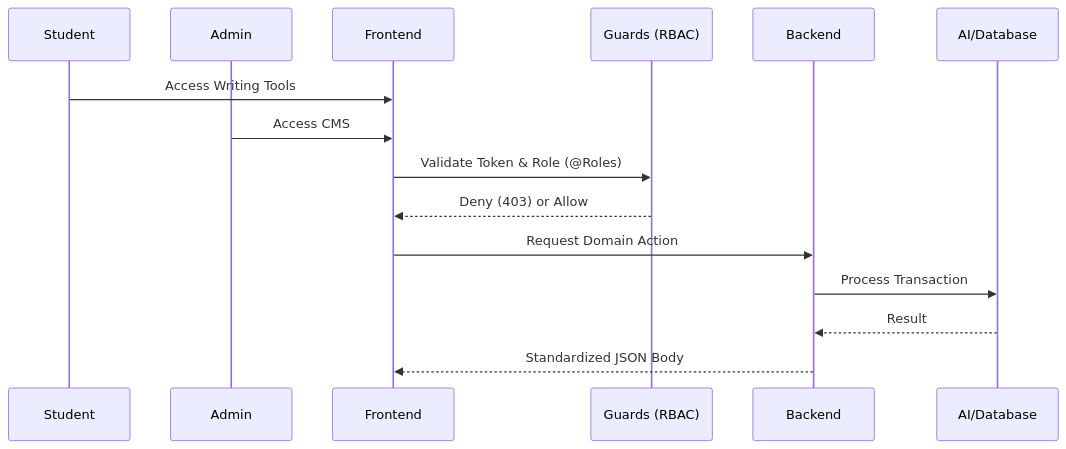
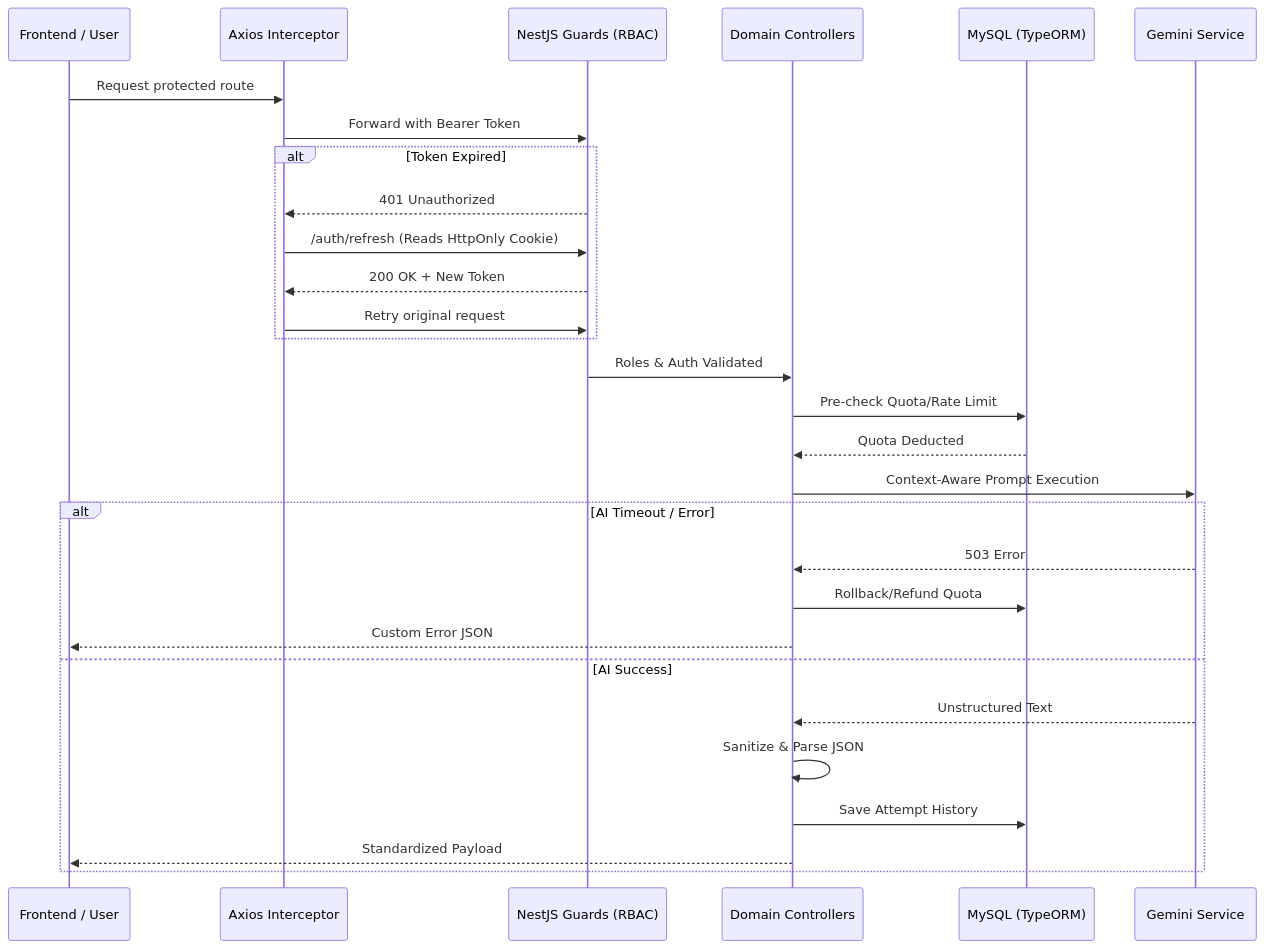
Before and after one commit to nameTun/bandmates-platform: the first of 2 diagrams in README.md, drawn with Mermaid. The commit also changed other lines of this file and 9 other files, not shown here.

````diff
--- a/README.md
+++ b/README.md
@@ -88,20 +103,35 @@
 ```mermaid
 sequenceDiagram
-    participant Student
-    participant Admin
-    participant Frontend
-    participant Guards (RBAC)
-    participant Backend
-    participant AI/Database
+    participant Client as Frontend / User
+    participant Interceptor as Axios Interceptor
+    participant Gate as NestJS Guards (RBAC)
+    participant Core as Domain Controllers
+    participant DB as MySQL (TypeORM)
+    participant AI as Gemini Service
 
-    Student->>Frontend: Access Writing Tools
-    Admin->>Frontend: Access CMS
+    Client->>Interceptor: Request protected route
+    Interceptor->>Gate: Forward with Bearer Token
     
-    Frontend->>Guards (RBAC): Validate Token & Role (@Roles)
-    Guards (RBAC)-->>Frontend: Deny (403) or Allow
+    alt Token Expired
+        Gate-->>Interceptor: 401 Unauthorized
+        Interceptor->>Gate: /auth/refresh (Reads HttpOnly Cookie)
+        Gate-->>Interceptor: 200 OK + New Token
+        Interceptor->>Gate: Retry original request
+    end
+
+    Gate->>Core: Roles & Auth Validated
+    Core->>DB: Pre-check Quota/Rate Limit
+    DB-->>Core: Quota Deducted
+    Core->>AI: Context-Aware Prompt Execution
     
-    Frontend->>Backend: Request Domain Action
-    Backend->>AI/Database: Process Transaction
-    AI/Database-->>Backend: Result
-    Backend-->>Frontend: Standardized JSON Body
+    alt AI Timeout / Error
+        AI-->>Core: 503 Error
+        Core->>DB: Rollback/Refund Quota
+        Core-->>Client: Custom Error JSON
+    else AI Success
+        AI-->>Core: Unstructured Text
+        Core->>Core: Sanitize & Parse JSON
+        Core->>DB: Save Attempt History
+        Core-->>Client: Standardized Payload
+    end
 ```
````
